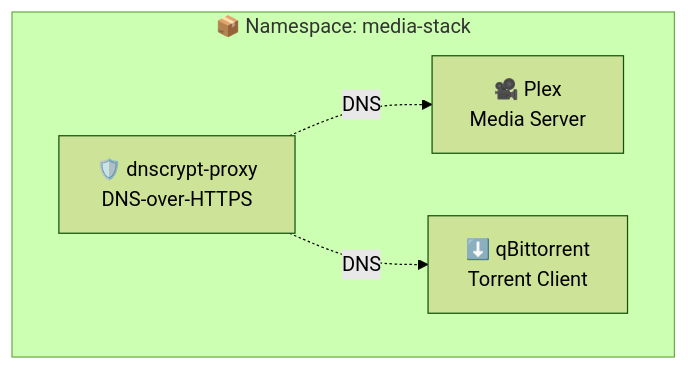
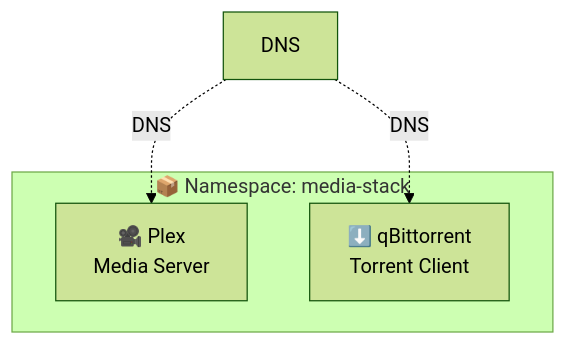
One commit to muchiny/media-stack-k8s changed the second of 2 diagrams in base/README.md. Above: the diagram before and after it, drawn with Mermaid (forest theme). The commit also changed 3 other files, not shown here.

````diff
--- a/base/README.md
+++ b/base/README.md
@@ -39,11 +39,10 @@
 ```mermaid
 graph TB
     subgraph "📦 Namespace: media-stack"
-        DNS[🛡️ dnscrypt-proxy<br/>DNS-over-HTTPS]
         PX[🎥 Plex<br/>Media Server]
         QB[⬇️ qBittorrent<br/>Torrent Client]
     end
 
     DNS -.->|"DNS"| PX
     DNS -.->|"DNS"| QB
 ```
````
